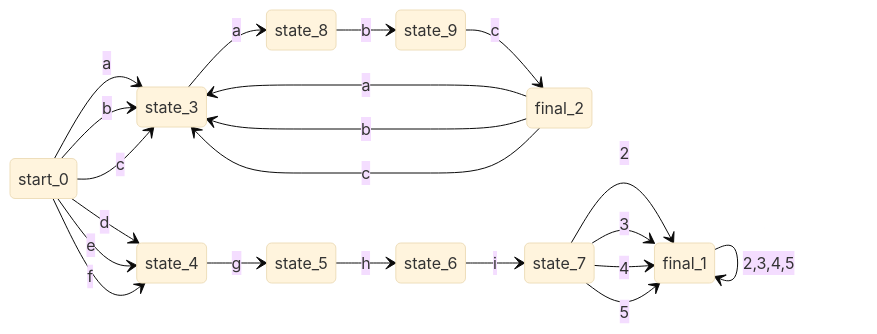
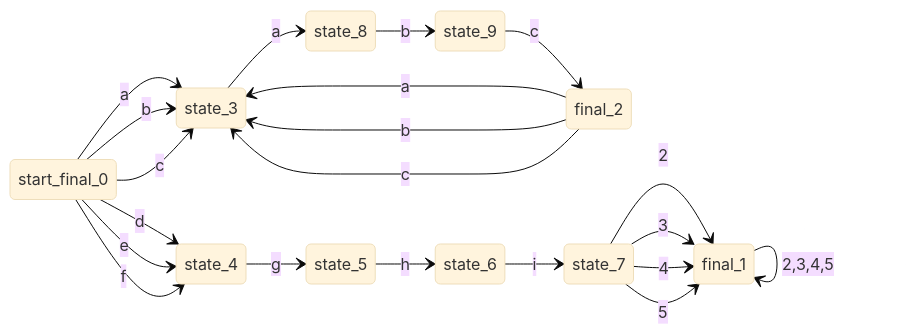
Before and after one commit to ZZH-Finalize/Generic-Laxer: diagram 24 of 24 in regex_visualize.md, drawn with Mermaid (base theme). The commit also changed other lines of this file and 1 other file, not shown here.

Commit message:
fix dfa formatter start/final tag

````diff
--- a/regex_visualize.md
+++ b/regex_visualize.md
@@ -351,25 +351,25 @@
 ```mermaid
 stateDiagram-v2
 direction LR
 
-start_0 --> state_3 : a
-start_0 --> state_3 : b
-start_0 --> state_3 : c
-start_0 --> state_4 : d
-start_0 --> state_4 : e
-start_0 --> state_4 : f
+start_final_0 --> state_3 : a
+start_final_0 --> state_3 : b
+start_final_0 --> state_3 : c
+start_final_0 --> state_4 : d
+start_final_0 --> state_4 : e
+start_final_0 --> state_4 : f
 final_2 --> state_3 : a
 final_2 --> state_3 : b
 final_2 --> state_3 : c
 state_3 --> state_8 : a
 state_4 --> state_5 : g
 state_5 --> state_6 : h
 state_6 --> state_7 : i
 state_7 --> final_1 : 2
 state_7 --> final_1 : 3
 state_7 --> final_1 : 4
 state_7 --> final_1 : 5
 state_8 --> state_9 : b
 state_9 --> final_2 : c
 final_1 --> final_1 : 2,3,4,5
 ```
````
